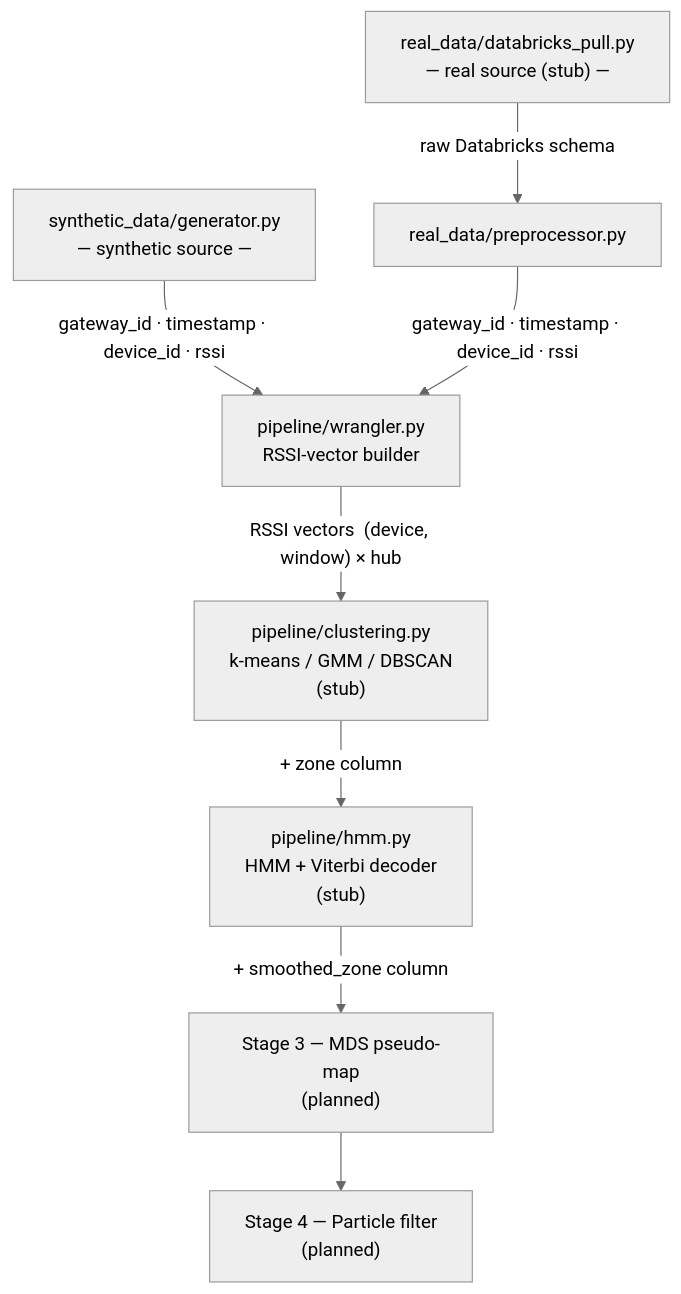
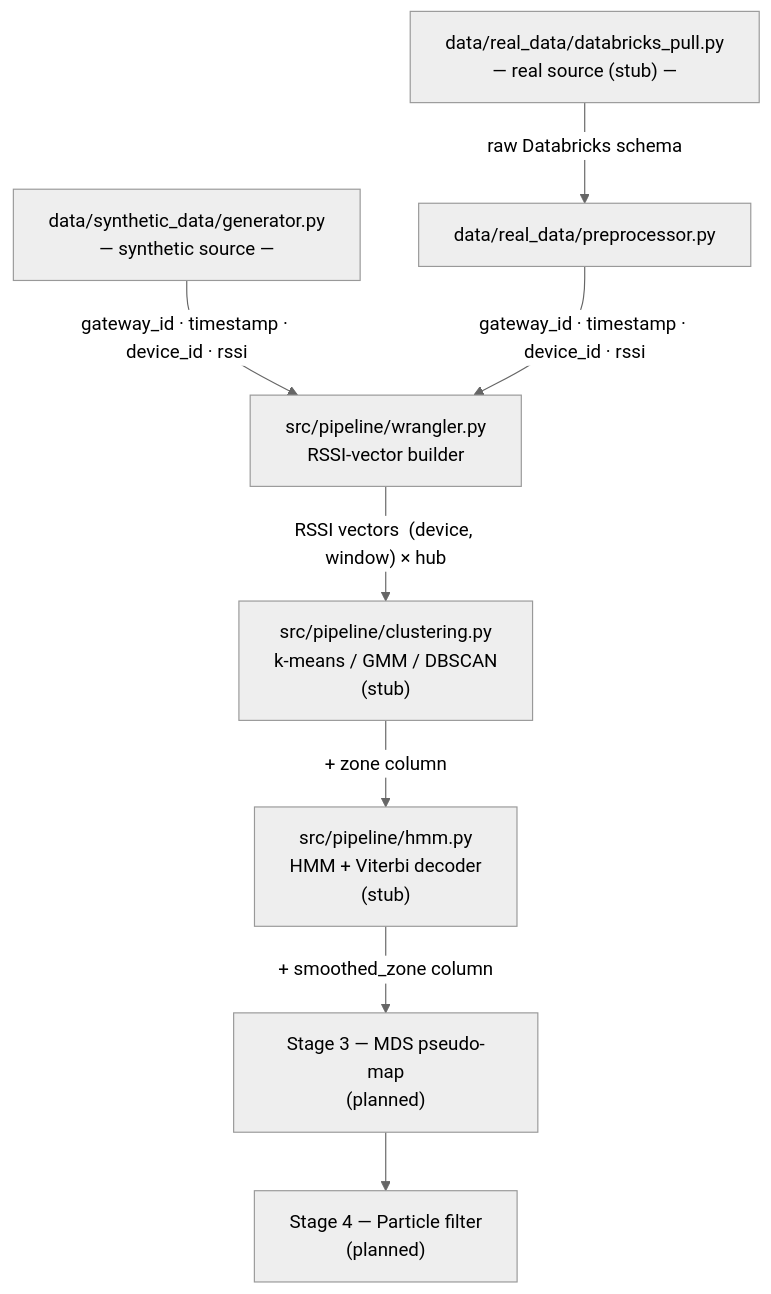
The diagram in README.md (allusson/bio-tracker), drawn with Mermaid (neutral theme) before and after one commit. The commit also changed other lines of this file and 33 other files, not shown here.

First line of the commit message:
restructure repo into src/, data/, notebooks/ layout

````diff
--- a/README.md
+++ b/README.md
@@ -9,19 +9,19 @@
 ```mermaid
 flowchart TD
-    GEN["synthetic_data/generator.py\n— synthetic source —"]
-    DB["real_data/databricks_pull.py\n— real source (stub) —"]
-    PRE["real_data/preprocessor.py"]
-    WR["pipeline/wrangler.py\nRSSI-vector builder"]
-    CL["pipeline/clustering.py\nk-means / GMM / DBSCAN\n(stub)"]
-    HMM["pipeline/hmm.py\nHMM + Viterbi decoder\n(stub)"]
+    GEN["data/synthetic_data/generator.py\n— synthetic source —"]
+    DB["data/real_data/databricks_pull.py\n— real source (stub) —"]
+    PRE["data/real_data/preprocessor.py"]
+    WR["src/pipeline/wrangler.py\nRSSI-vector builder"]
+    CL["src/pipeline/clustering.py\nk-means / GMM / DBSCAN\n(stub)"]
+    HMM["src/pipeline/hmm.py\nHMM + Viterbi decoder\n(stub)"]
     MDS["Stage 3 — MDS pseudo-map\n(planned)"]
     PF["Stage 4 — Particle filter\n(planned)"]
 
     GEN -->|"gateway_id · timestamp · device_id · rssi"| WR
     DB  -->|"raw Databricks schema"| PRE
     PRE -->|"gateway_id · timestamp · device_id · rssi"| WR
     WR  -->|"RSSI vectors  (device, window) × hub"| CL
     CL  -->|"+ zone column"| HMM
     HMM -->|"+ smoothed_zone column"| MDS
     MDS --> PF
 ```
````
